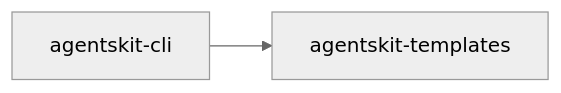
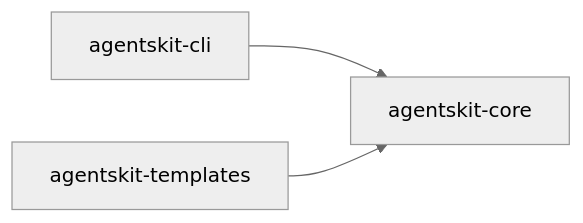
The diagram in .brain/repos/agentskit/grupos/Ferramentas de desenvolvimento/00 Grupo - agentskit - Ferramentas de desenvolvimento.md (AgentsKit-io/agentskit), drawn with Mermaid (neutral theme) before and after one commit. The commit also changed other lines of this file and 43 other files, not shown here.

````diff
--- a/.brain/repos/agentskit/grupos/Ferramentas de desenvolvimento/00 Grupo - agentskit - Ferramentas de desenvolvimento.md
+++ b/.brain/repos/agentskit/grupos/Ferramentas de desenvolvimento/00 Grupo - agentskit - Ferramentas de desenvolvimento.md
@@ -27,5 +27,5 @@
 ```mermaid
 flowchart LR
-  cli[agentskit-cli] --> templates
-  templates[agentskit-templates]
+  cli[agentskit-cli] --> core[agentskit-core]
+  templates[agentskit-templates] --> core
 ```
````
